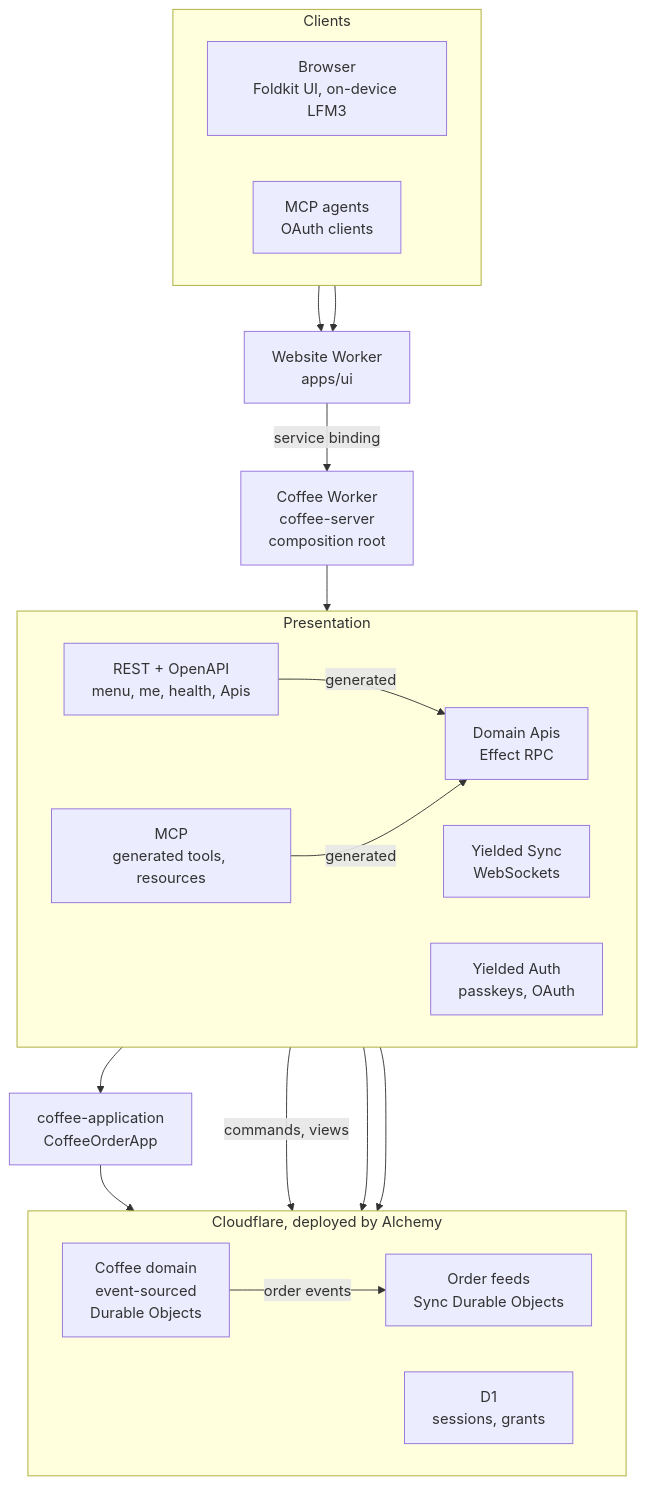
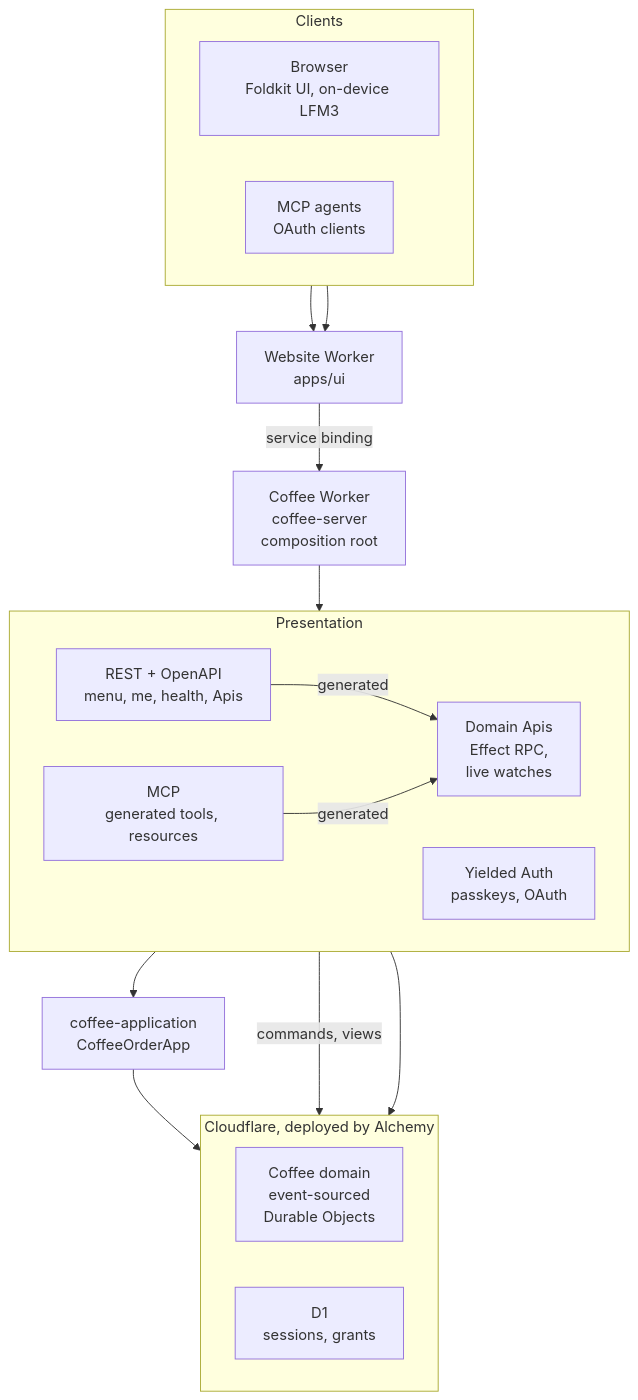
Before and after one commit to kevinmichaelchen/effect-coffee-shop: the diagram in docs/architecture/overview.mmd, drawn with Mermaid. The commit also changed 36 other files, not shown here.

First line of the commit message:
feat: watch Domain views live and remove Yielded Sync (#158)

```diff
--- a/docs/architecture/overview.mmd
+++ b/docs/architecture/overview.mmd
@@ -1,35 +1,31 @@
 flowchart TB
   subgraph Clients["Clients"]
     direction LR
     Browser["Browser<br/>Foldkit UI, on-device LFM3"]
     Agent["MCP agents<br/>OAuth clients"]
   end
   Website["Website Worker<br/>apps/ui"]
   Coffee["Coffee Worker<br/>coffee-server<br/>composition root"]
   subgraph Surfaces["Presentation"]
     direction LR
     Rest["REST + OpenAPI<br/>menu, me, health, Apis"]
     Mcp["MCP<br/>generated tools, resources"]
-    Apis["Domain Apis<br/>Effect RPC"]
-    SyncApi["Yielded Sync<br/>WebSockets"]
+    Apis["Domain Apis<br/>Effect RPC,<br/>live watches"]
     Auth["Yielded Auth<br/>passkeys, OAuth"]
   end
   App["coffee-application<br/>CoffeeOrderApp"]
   subgraph Platform["Cloudflare, deployed by Alchemy"]
     direction LR
     Model["Coffee domain<br/>event-sourced<br/>Durable Objects"]
-    Feeds["Order feeds<br/>Sync Durable Objects"]
     D1["D1<br/>sessions, grants"]
   end
   Browser --> Website
   Agent --> Website
   Website -->|service binding| Coffee
   Coffee --> Surfaces
   Rest -->|generated| Apis
   Mcp -->|generated| Apis
   Mcp --> App
   App --> Model
   Apis -->|commands, views| Model
-  SyncApi --> Feeds
   Auth --> D1
-  Model -->|order events| Feeds
```
